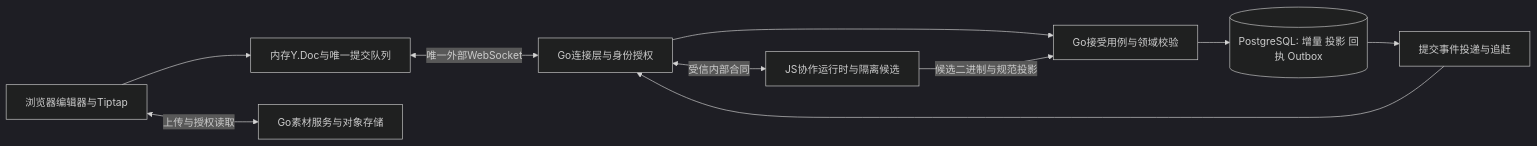
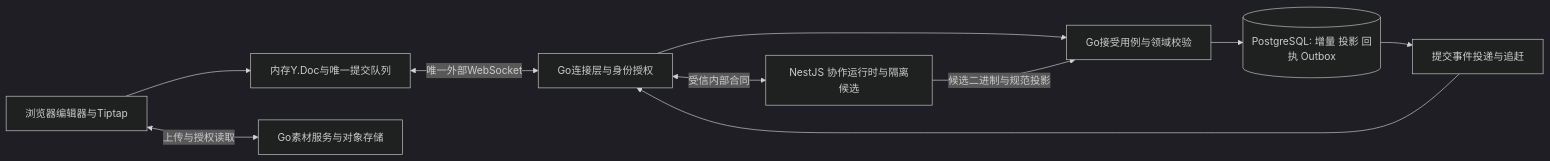
Before and after one commit to StephenQiu30/glowloom: the diagram in docs/design/17-画布Yjs协作编辑设计.md, drawn with Mermaid (dark theme). The commit also changed other lines of this file and 68 other files, not shown here.

````diff
--- a/docs/design/17-画布Yjs协作编辑设计.md
+++ b/docs/design/17-画布Yjs协作编辑设计.md
@@ -37,12 +37,12 @@
 ```mermaid
 flowchart LR
   A[浏览器编辑器与Tiptap] --> B[内存Y.Doc与唯一提交队列]
   B <-->|唯一外部WebSocket| C[Go连接层与身份授权]
-  C <-->|受信内部合同| D[JS协作运行时与隔离候选]
+  C <-->|受信内部合同| D[NestJS 协作运行时与隔离候选]
   C --> E[Go接受用例与领域校验]
   D -->|候选二进制与规范投影| E
   E --> F[(PostgreSQL: 增量 投影 回执 Outbox)]
   F --> G[提交事件投递与追赶]
   G --> C
   A <-->|上传与授权读取| H[Go素材服务与对象存储]
 ```
````
